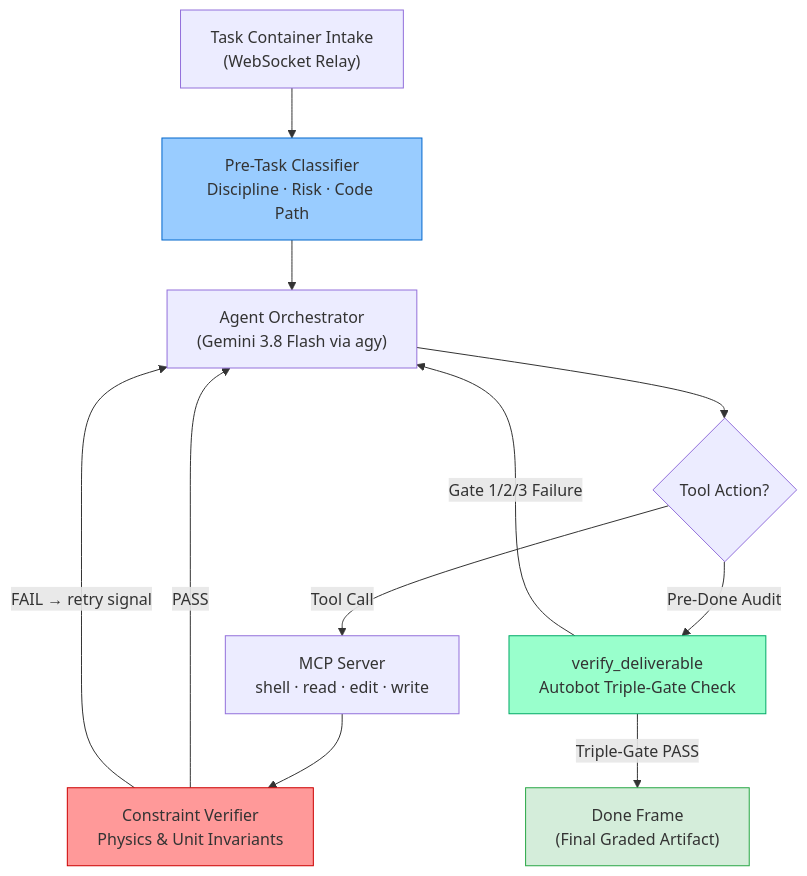
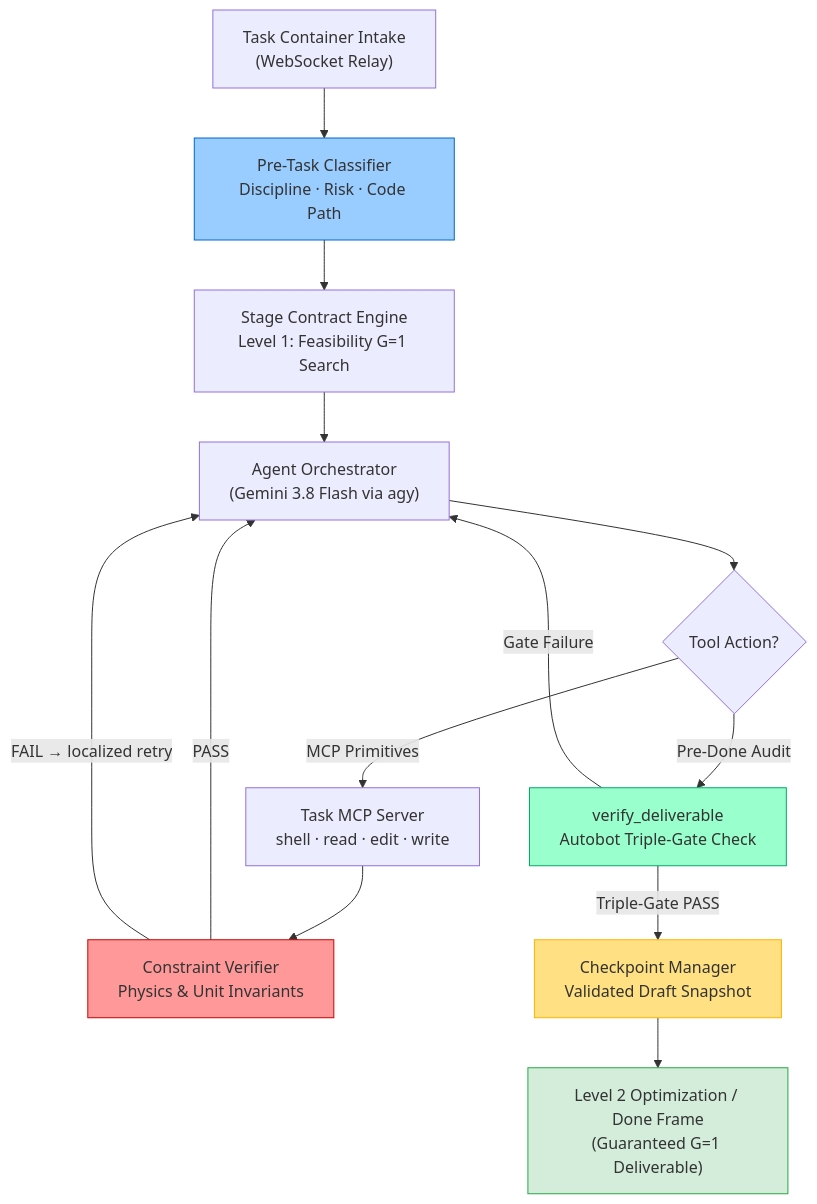
Before and after one commit to GabuGravin41/PLE-harness: the first of 2 diagrams in WRITEUP.md, drawn with Mermaid. The commit also changed other lines of this file, not shown here.

Commit message:
Update WRITEUP.md: Two-Level Feasibility Framework, Stage Contracts, and Checkpoints

````diff
--- a/WRITEUP.md
+++ b/WRITEUP.md
@@ -42,18 +47,21 @@
 ```mermaid
 flowchart TD
     A["Task Container Intake\n(WebSocket Relay)"] --> B["Pre-Task Classifier\nDiscipline · Risk · Code Path"]
-    B --> C["Agent Orchestrator\n(Gemini 3.8 Flash via agy)"]
-    C --> D{"Tool Action?"}
-    D -->|Tool Call| E["MCP Server\nshell · read · edit · write"]
-    E --> F["Constraint Verifier\nPhysics & Unit Invariants"]
-    F -->|PASS| C
-    F -->|FAIL → retry signal| C
-    D -->|Pre-Done Audit| G["verify_deliverable\nAutobot Triple-Gate Check"]
-    G -->|Gate 1/2/3 Failure| C
-    G -->|Triple-Gate PASS| H["Done Frame\n(Final Graded Artifact)"]
+    B --> C["Stage Contract Engine\nLevel 1: Feasibility G=1 Search"]
+    C --> D["Agent Orchestrator\n(Gemini 3.8 Flash via agy)"]
+    D --> E{"Tool Action?"}
+    E -->|MCP Primitives| F["Task MCP Server\nshell · read · edit · write"]
+    F --> G["Constraint Verifier\nPhysics & Unit Invariants"]
+    G -->|PASS| D
+    G -->|FAIL → localized retry| D
+    E -->|Pre-Done Audit| H["verify_deliverable\nAutobot Triple-Gate Check"]
+    H -->|Triple-Gate PASS| I["Checkpoint Manager\nValidated Draft Snapshot"]
+    H -->|Gate Failure| D
+    I --> J["Level 2 Optimization / Done Frame\n(Guaranteed G=1 Deliverable)"]
     
-    style F fill:#ff9999,stroke:#cc0000
+    style G fill:#ff9999,stroke:#cc0000
     style B fill:#99ccff,stroke:#0066cc
-    style G fill:#99ffcc,stroke:#00aa66
-    style H fill:#d4edda,stroke:#28a745
+    style H fill:#99ffcc,stroke:#00aa66
+    style I fill:#ffe082,stroke:#ffb300
+    style J fill:#d4edda,stroke:#28a745
 ```
````
